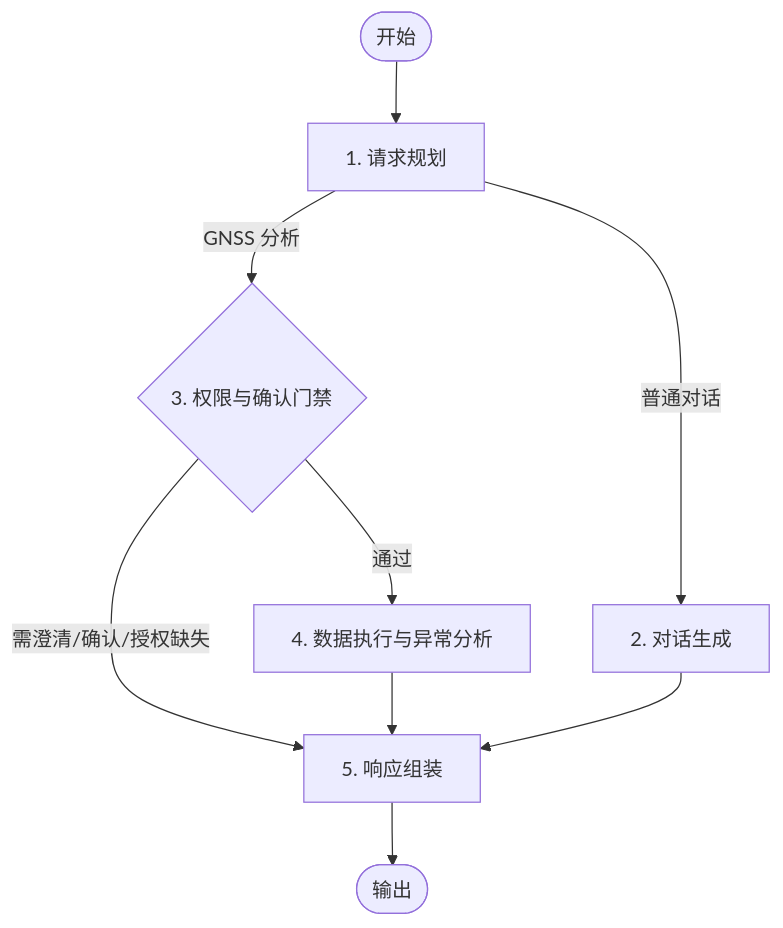
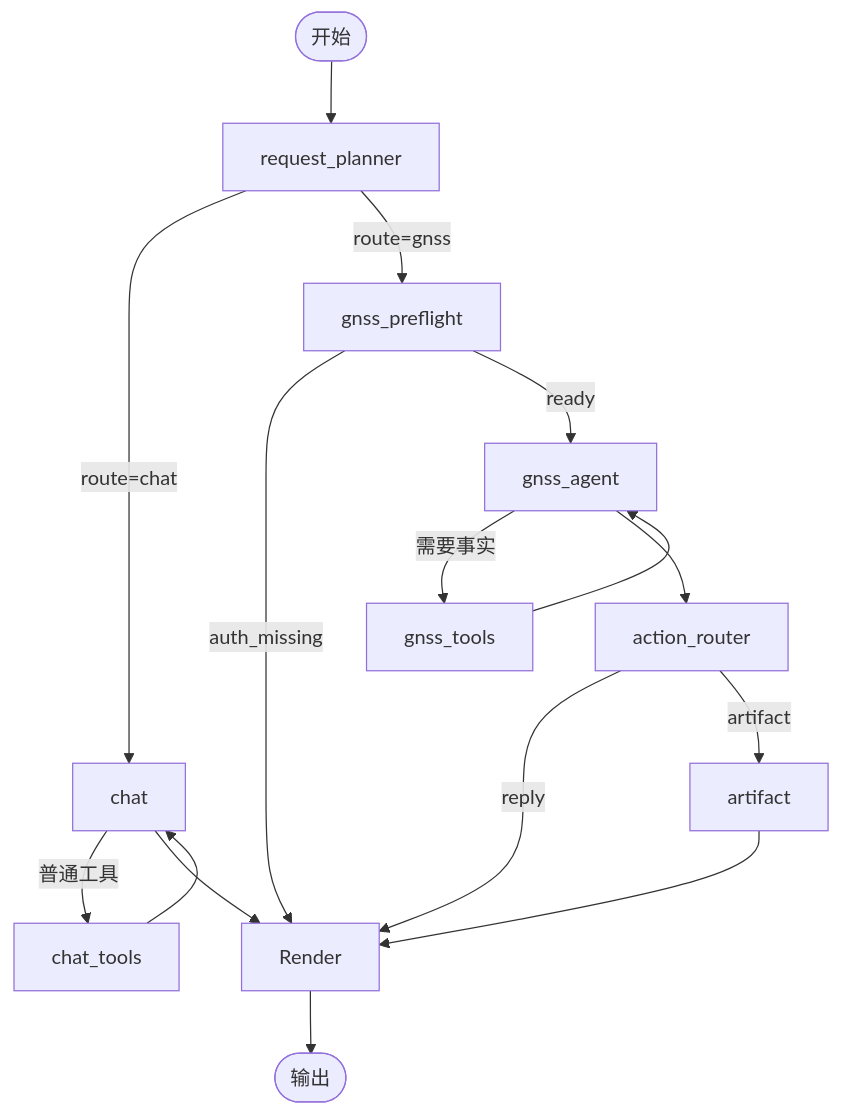
Before and after one commit to C-jcbest/landslide-monitoring-agent: the diagram in docs/specs/005-beidou-station-resolution.md, drawn with Mermaid. The commit also changed other lines of this file and 16 other files, not shown here.

````diff
--- a/docs/specs/005-beidou-station-resolution.md
+++ b/docs/specs/005-beidou-station-resolution.md
@@ -7,11 +11,18 @@
 ```mermaid
 graph TD
-    START([开始]) --> Plan[1. 请求规划]
-    Plan -->|普通对话| Chat[2. 对话生成]
-    Plan -->|GNSS 分析| Gate{3. 权限与确认门禁}
-    Gate -->|需澄清/确认/授权缺失| Response[5. 响应组装]
-    Gate -->|通过| ExecuteAnalyze[4. 数据执行与异常分析]
-    ExecuteAnalyze --> Response
-    Chat --> Response
-    Response --> END([输出])
+    START([开始]) --> RequestPlanner[request_planner]
+    RequestPlanner -->|route=chat| Chat[chat]
+    RequestPlanner -->|route=gnss| GnssPreflight[gnss_preflight]
+    Chat -->|普通工具| ChatTools[chat_tools]
+    ChatTools --> Chat
+    Chat --> Render
+    GnssPreflight -->|auth_missing| Render
+    GnssPreflight -->|ready| GnssAgent[gnss_agent]
+    GnssAgent -->|需要事实| GnssTools[gnss_tools]
+    GnssTools --> GnssAgent
+    GnssAgent --> ActionRouter[action_router]
+    ActionRouter -->|reply| Render
+    ActionRouter -->|artifact| Artifact[artifact]
+    Artifact --> Render
+    Render --> END([输出])
 ```
````
